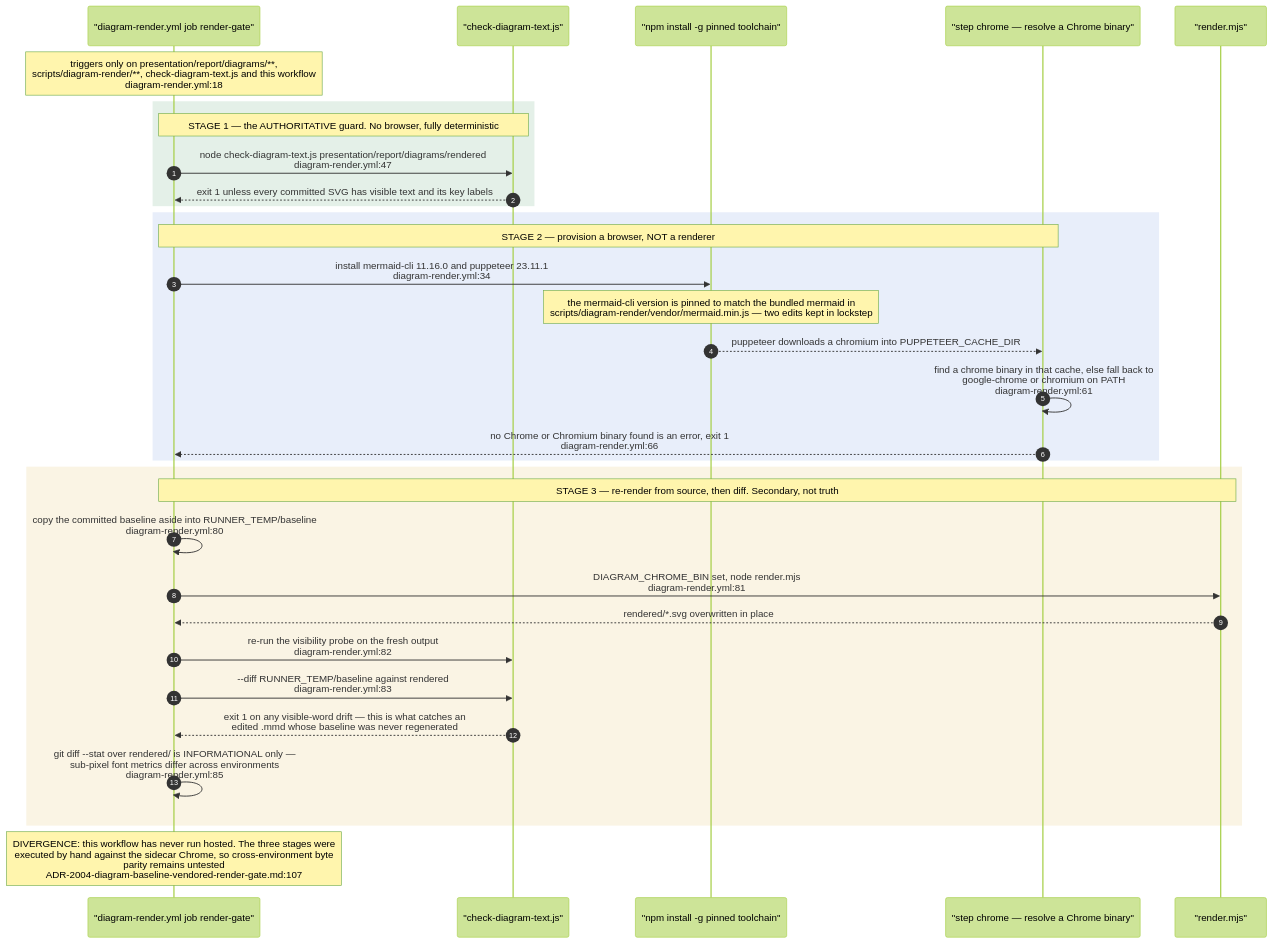
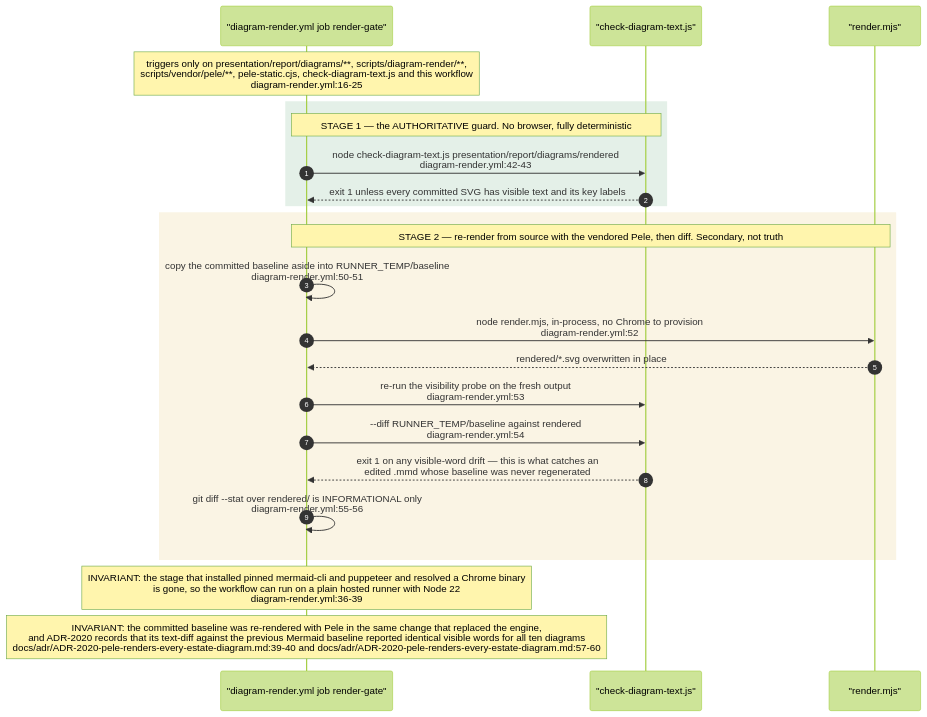
One commit to DreamLab-AI/VisionFlow changed the second of 15 diagrams in docs/diagrams/visionflow/06-diagram-tooling.md. Above: the diagram before and after it, drawn with Mermaid (forest theme). The commit also changed other lines of this file and 160 other files, not shown here.

````diff
--- a/docs/diagrams/visionflow/06-diagram-tooling.md
+++ b/docs/diagrams/visionflow/06-diagram-tooling.md
@@ -86,39 +95,29 @@
 ```mermaid
 sequenceDiagram
     autonumber
     participant GH as "diagram-render.yml job render-gate"
     participant CHK as "check-diagram-text.js"
-    participant NPM as "npm install -g pinned toolchain"
-    participant RES as "step chrome — resolve a Chrome binary"
     participant REN as "render.mjs"
 
-    Note over GH: triggers only on presentation/report/diagrams/**,<br/>scripts/diagram-render/**, check-diagram-text.js and this workflow<br/>diagram-render.yml:18
+    Note over GH: triggers only on presentation/report/diagrams/**, scripts/diagram-render/**,<br/>scripts/vendor/pele/**, pele-static.cjs, check-diagram-text.js and this workflow<br/>diagram-render.yml:16-25
 
     rect rgb(228, 240, 232)
     Note over GH,CHK: STAGE 1 — the AUTHORITATIVE guard. No browser, fully deterministic
-    GH->>CHK: node check-diagram-text.js presentation/report/diagrams/rendered<br/>diagram-render.yml:47
+    GH->>CHK: node check-diagram-text.js presentation/report/diagrams/rendered<br/>diagram-render.yml:42-43
     CHK-->>GH: exit 1 unless every committed SVG has visible text and its key labels
     end
 
-    rect rgb(232, 238, 250)
-    Note over GH,RES: STAGE 2 — provision a browser, NOT a renderer
-    GH->>NPM: install mermaid-cli 11.16.0 and puppeteer 23.11.1<br/>diagram-render.yml:34
-    Note over NPM: the mermaid-cli version is pinned to match the bundled mermaid in<br/>scripts/diagram-render/vendor/mermaid.min.js — two edits kept in lockstep
-    NPM-->>RES: puppeteer downloads a chromium into PUPPETEER_CACHE_DIR
-    RES->>RES: find a chrome binary in that cache, else fall back to<br/>google-chrome or chromium on PATH<br/>diagram-render.yml:61
-    RES-->>GH: no Chrome or Chromium binary found is an error, exit 1<br/>diagram-render.yml:66
+    rect rgb(250, 244, 228)
+    Note over GH,REN: STAGE 2 — re-render from source with the vendored Pele, then diff. Secondary, not truth
+    GH->>GH: copy the committed baseline aside into RUNNER_TEMP/baseline<br/>diagram-render.yml:50-51
+    GH->>REN: node render.mjs, in-process, no Chrome to provision<br/>diagram-render.yml:52
+    REN-->>GH: rendered/*.svg overwritten in place
+    GH->>CHK: re-run the visibility probe on the fresh output<br/>diagram-render.yml:53
+    GH->>CHK: --diff RUNNER_TEMP/baseline against rendered<br/>diagram-render.yml:54
+    CHK-->>GH: exit 1 on any visible-word drift — this is what catches an<br/>edited .mmd whose baseline was never regenerated
+    GH->>GH: git diff --stat over rendered/ is INFORMATIONAL only<br/>diagram-render.yml:55-56
     end
 
-    rect rgb(250, 244, 228)
-    Note over GH,REN: STAGE 3 — re-render from source, then diff. Secondary, not truth
-    GH->>GH: copy the committed baseline aside into RUNNER_TEMP/baseline<br/>diagram-render.yml:80
-    GH->>REN: DIAGRAM_CHROME_BIN set, node render.mjs<br/>diagram-render.yml:81
-    REN-->>GH: rendered/*.svg overwritten in place
-    GH->>CHK: re-run the visibility probe on the fresh output<br/>diagram-render.yml:82
-    GH->>CHK: --diff RUNNER_TEMP/baseline against rendered<br/>diagram-render.yml:83
-    CHK-->>GH: exit 1 on any visible-word drift — this is what catches an<br/>edited .mmd whose baseline was never regenerated
-    GH->>GH: git diff --stat over rendered/ is INFORMATIONAL only —<br/>sub-pixel font metrics differ across environments<br/>diagram-render.yml:85
-    end
-
-    Note over GH: DIVERGENCE: this workflow has never run hosted. The three stages were<br/>executed by hand against the sidecar Chrome, so cross-environment byte<br/>parity remains untested<br/>ADR-2004-diagram-baseline-vendored-render-gate.md:107
+    Note over GH: INVARIANT: the stage that installed pinned mermaid-cli and puppeteer and resolved a Chrome binary<br/>is gone, so the workflow can run on a plain hosted runner with Node 22<br/>diagram-render.yml:36-39
+    Note over GH: INVARIANT: the committed baseline was re-rendered with Pele in the same change that replaced the engine,<br/>and ADR-2020 records that its text-diff against the previous Mermaid baseline reported identical visible words for all ten diagrams<br/>docs/adr/ADR-2020-pele-renders-every-estate-diagram.md:39-40 and docs/adr/ADR-2020-pele-renders-every-estate-diagram.md:57-60
 ```
````
